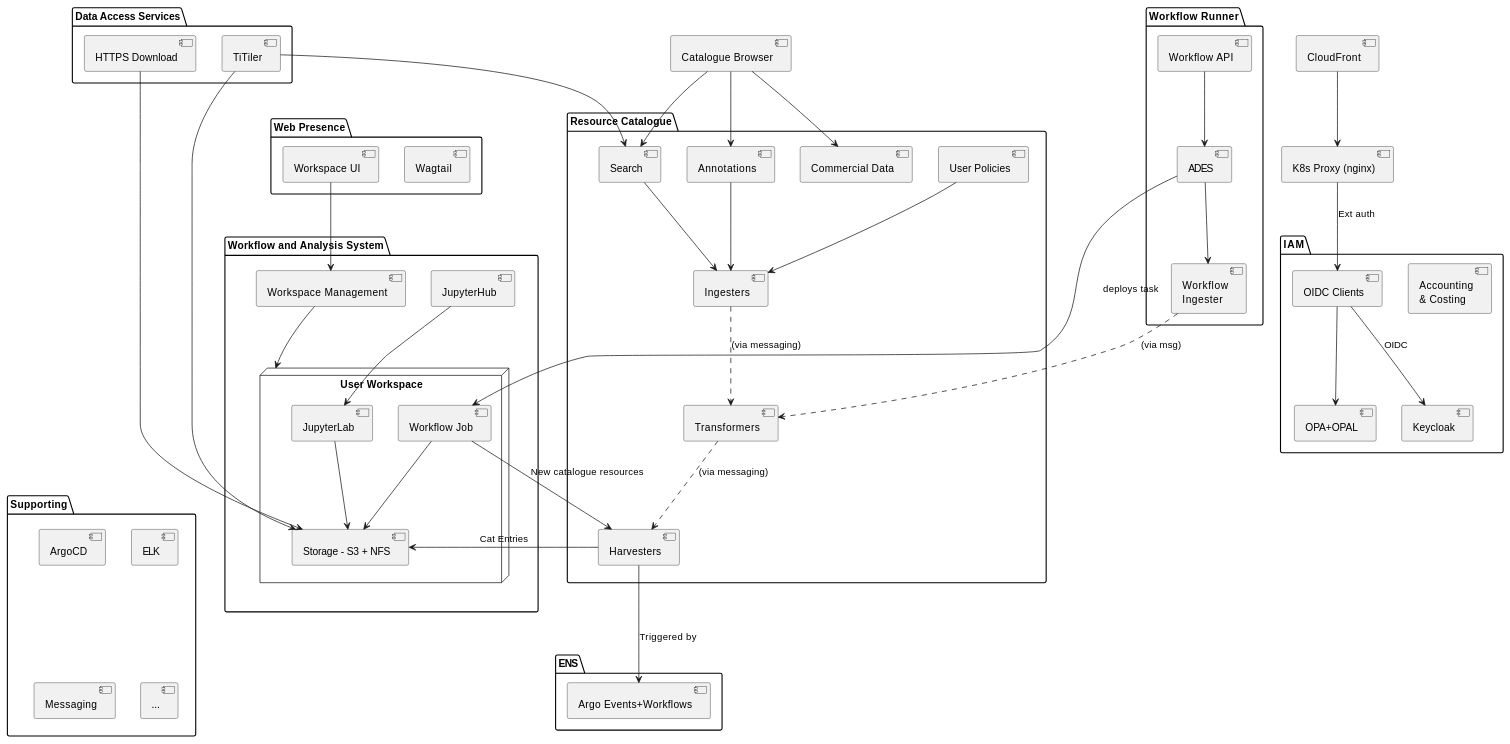
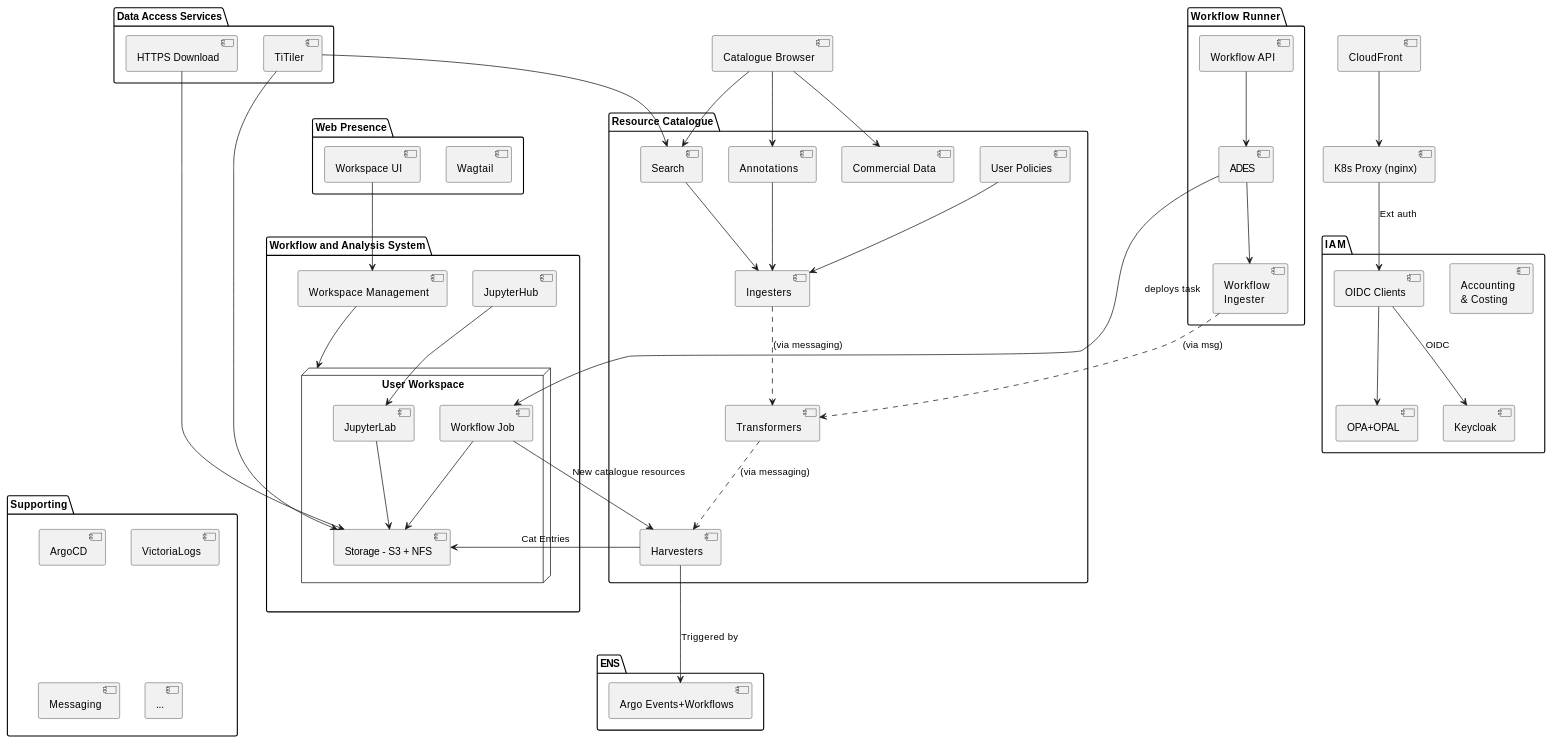
Before and after one commit to EO-DataHub/eodhp-guide: the diagram in docs/architecture/architectural-design/architecture-overview.md, drawn with PlantUML. The commit also changed 3 other files, not shown here.

Commit message:
docs: replace ELK references with VictoriaLogs across guide

```diff
--- a/docs/architecture/architectural-design/architecture-overview.md
+++ b/docs/architecture/architectural-design/architecture-overview.md
@@ -151,7 +151,7 @@
 
 package Supporting {
   [ArgoCD]
-  [ELK]
+  [VictoriaLogs]
   [Messaging]
   [...]
 }
```
